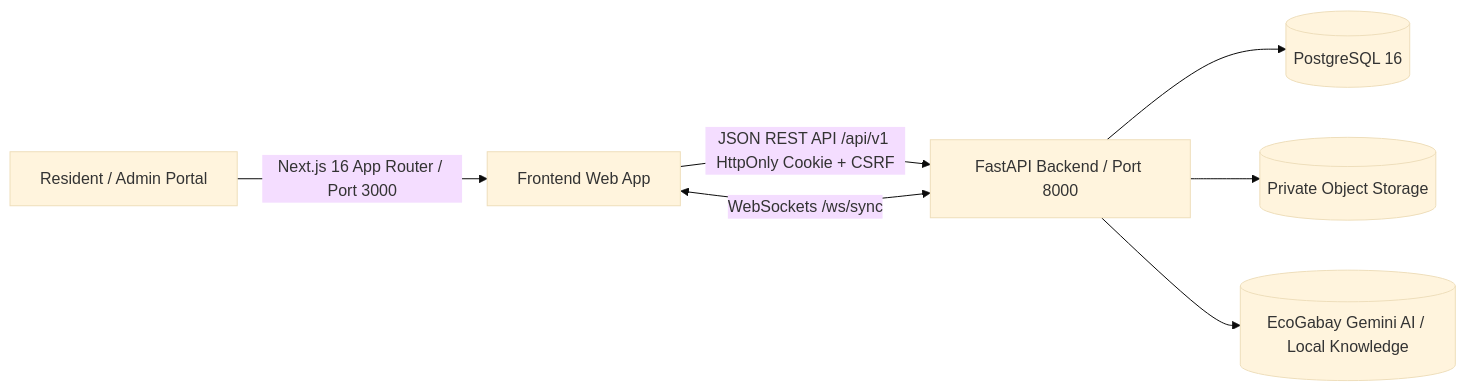
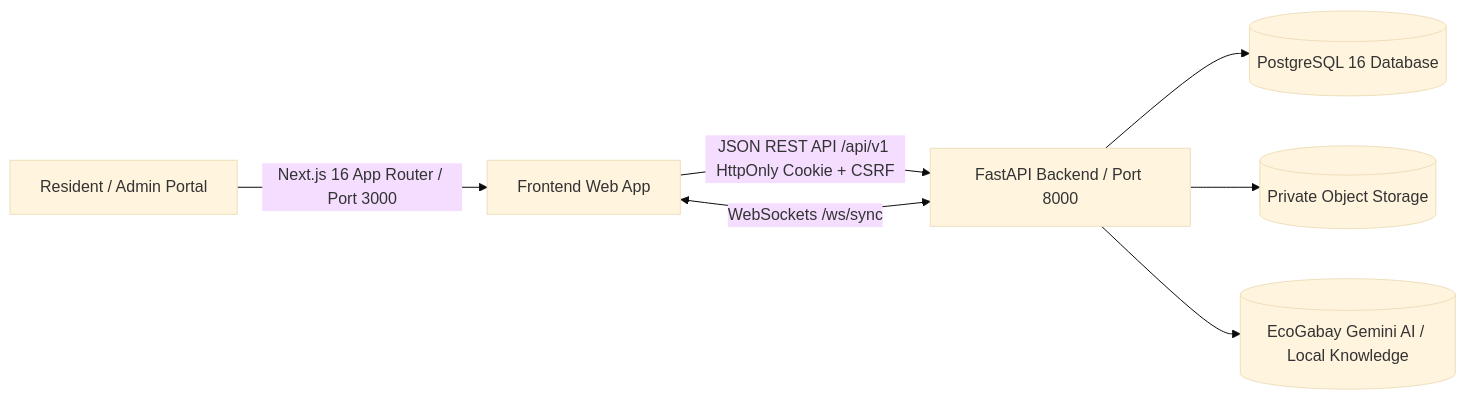
One commit to perezjazztin/SABTRACK-3.0 changed the diagram in README.md. Above: the diagram before and after it, drawn with Mermaid (base theme). The commit also changed other lines of this file and 28 other files, not shown here.

````diff
--- a/README.md
+++ b/README.md
@@ -44,9 +88,9 @@
 ```mermaid
 flowchart LR
     Resident[Resident / Admin Portal] -->|Next.js 16 App Router / Port 3000| Web[Frontend Web App]
     Web -->|JSON REST API /api/v1 HttpOnly Cookie + CSRF| API[FastAPI Backend / Port 8000]
     Web <-->|WebSockets /ws/sync| API
-    API --> DB[(PostgreSQL 16)]
+    API --> DB[(PostgreSQL 16 Database)]
     API --> Store[(Private Object Storage)]
     API --> AI[(EcoGabay Gemini AI / Local Knowledge)]
 ```
````
